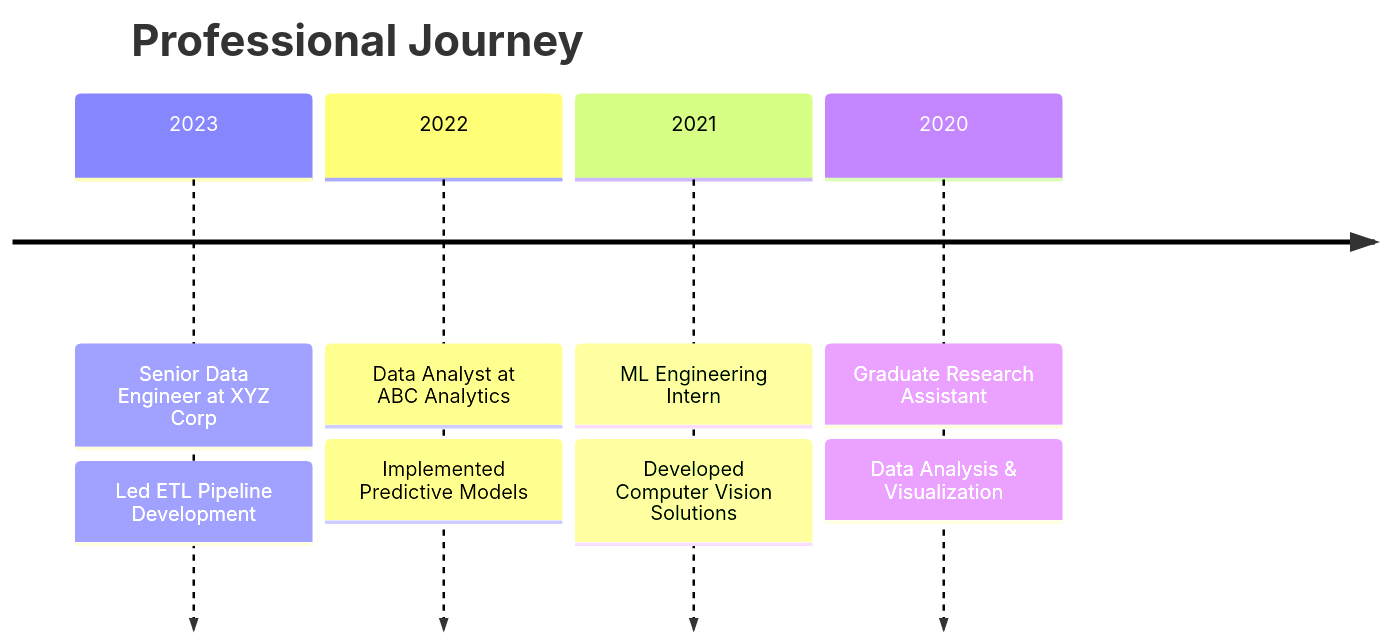
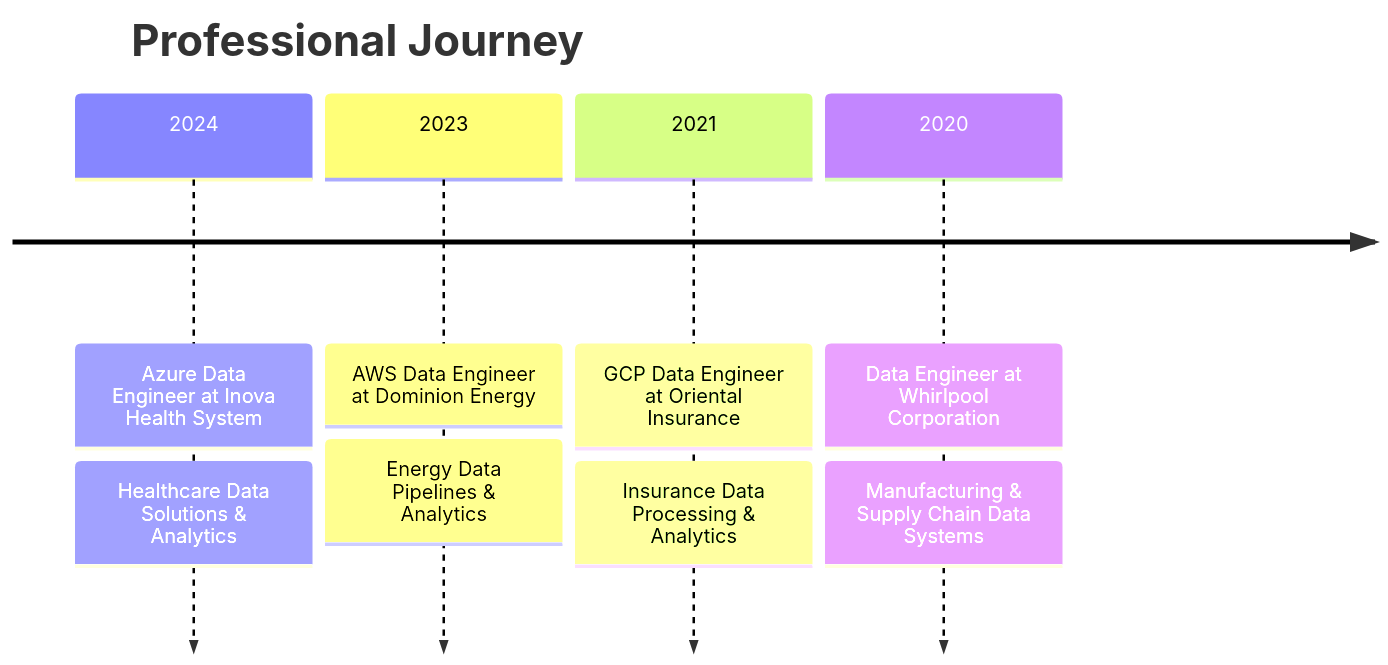
Before and after one commit to vishalorsu/vishalorsu: the diagram in README.md, drawn with Mermaid. The commit also changed other lines of this file, not shown here.

````diff
--- a/README.md
+++ b/README.md
@@ -37,12 +37,12 @@
 ```mermaid
 timeline
     title Professional Journey
-    2023 : Senior Data Engineer at XYZ Corp
-         : Led ETL Pipeline Development
-    2022 : Data Analyst at ABC Analytics
-         : Implemented Predictive Models
-    2021 : ML Engineering Intern
-         : Developed Computer Vision Solutions
-    2020 : Graduate Research Assistant
-         : Data Analysis & Visualization
+    2024 : Azure Data Engineer at Inova Health System
+         : Healthcare Data Solutions & Analytics
+    2023 : AWS Data Engineer at Dominion Energy
+         : Energy Data Pipelines & Analytics
+    2021 : GCP Data Engineer at Oriental Insurance
+         : Insurance Data Processing & Analytics
+    2020 : Data Engineer at Whirlpool Corporation
+         : Manufacturing & Supply Chain Data Systems
 ```
````
